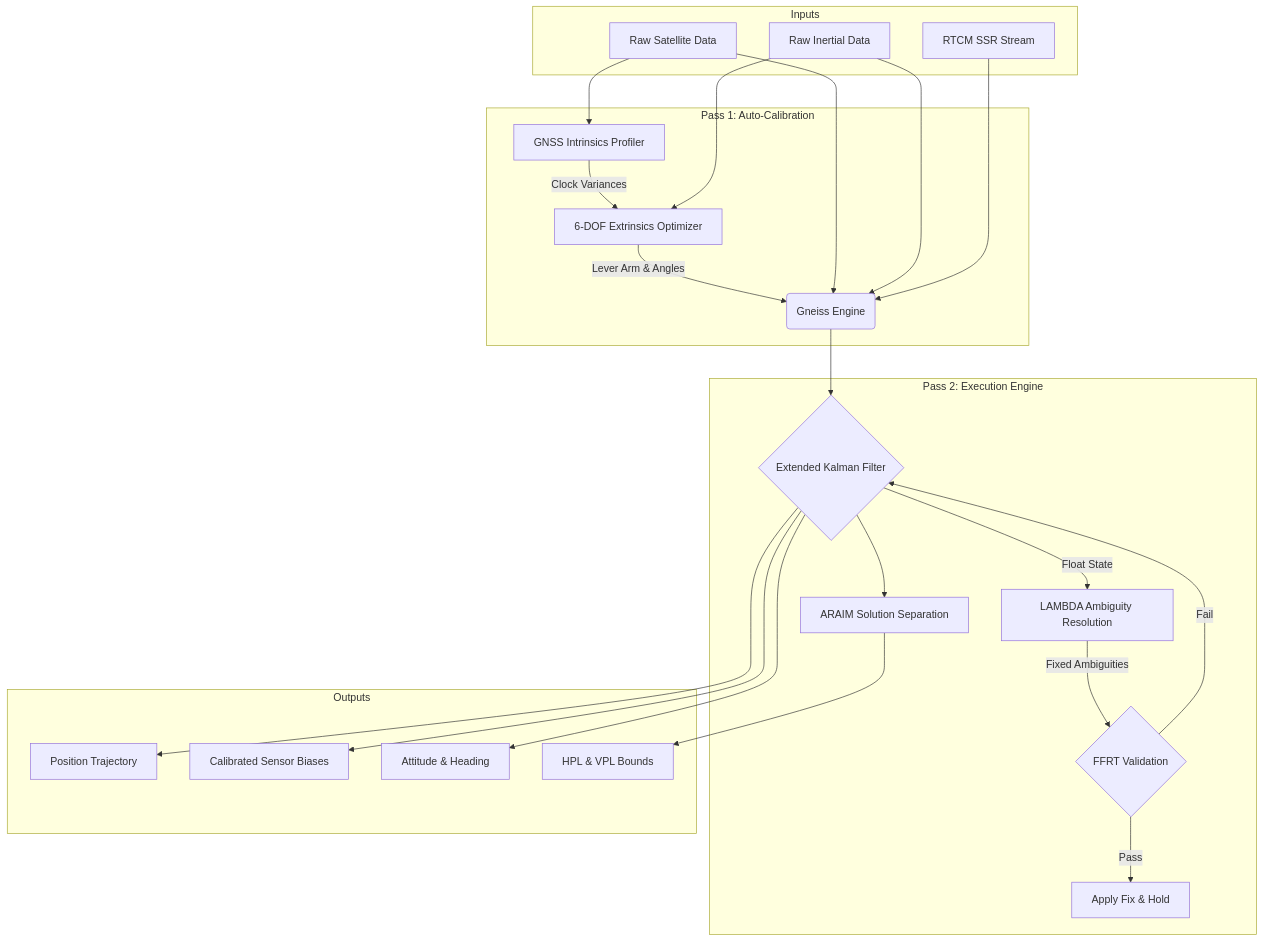
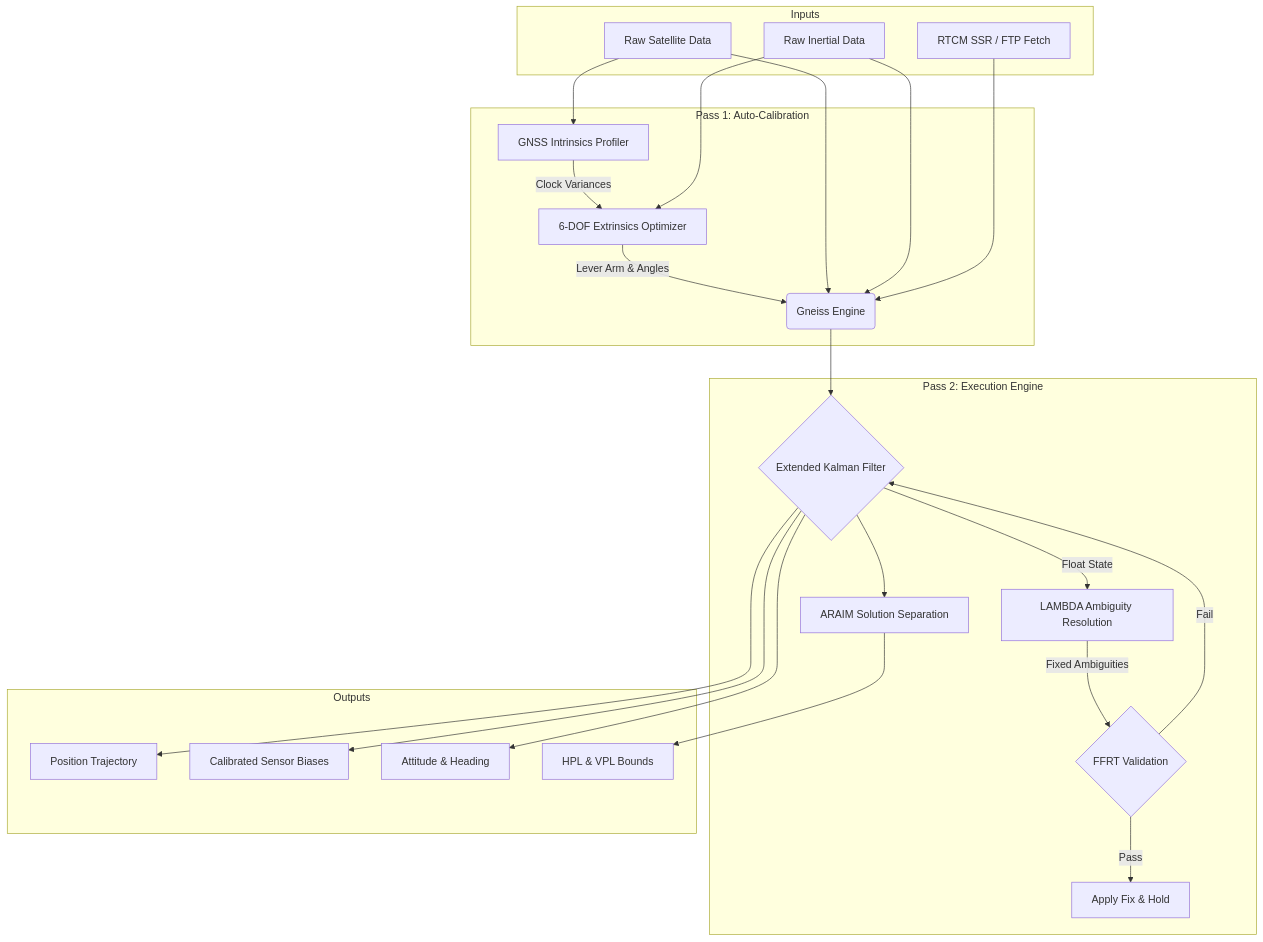
The diagram in README.md (bneb/gneiss), drawn with Mermaid before and after one commit. The commit also changed other lines of this file and 3 other files, not shown here.

````diff
--- a/README.md
+++ b/README.md
@@ -44,39 +44,39 @@
 ```mermaid
 graph TD
     subgraph Inputs
     A[Raw Satellite Data]
     C[Raw Inertial Data]
-    S[RTCM SSR Stream]
+    S[RTCM SSR / FTP Fetch]
     end
 
     subgraph "Pass 1: Auto-Calibration"
     P1[GNSS Intrinsics Profiler]
     P2[6-DOF Extrinsics Optimizer]
     P1 -->|Clock Variances| P2
     P2 -->|Lever Arm & Angles| B
     end
 
     A --> P1
     C --> P2
 
     subgraph "Pass 2: Execution Engine"
     B(Gneiss Engine)
     B --> D{Extended Kalman Filter}
     D -->|Float State| H[LAMBDA Ambiguity Resolution]
     H -->|Fixed Ambiguities| I{FFRT Validation}
     I -->|Pass| J[Apply Fix & Hold]
     I -->|Fail| D
     D --> K[ARAIM Solution Separation]
     end
 
     A --> B
     C --> B
     S --> B
 
     subgraph Outputs
     D --> E[Position Trajectory]
     D --> F[Calibrated Sensor Biases]
     D --> G[Attitude & Heading]
     K --> L[HPL & VPL Bounds]
     end
 ```
````
